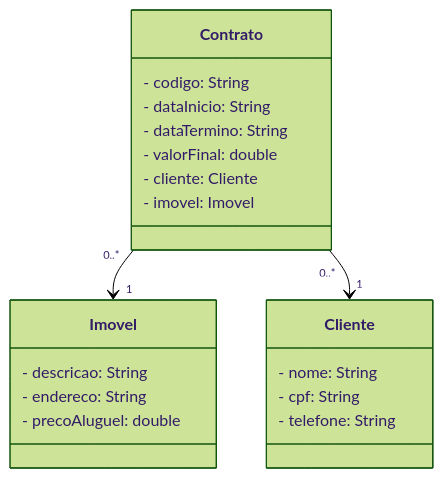
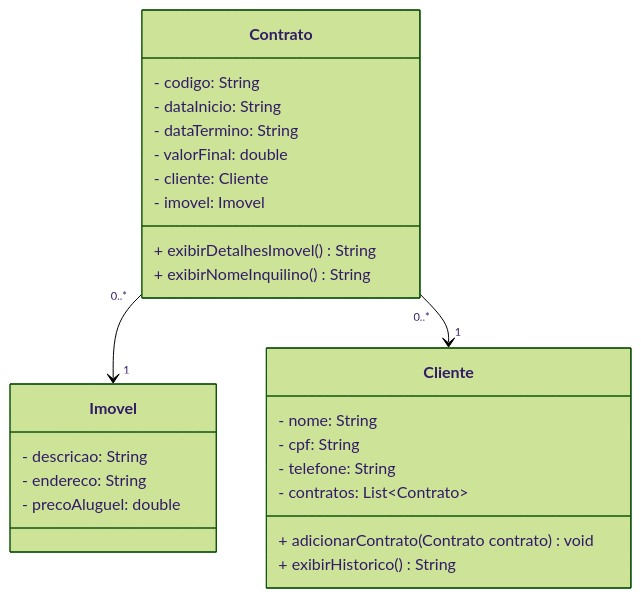
One commit to mateusraffaelli/projetos-java changed the diagram in ADS/ESD/atividade-revisao-e-tads/ex02/src/main/java/ads/esd/Readme.md. Above: the diagram before and after it, drawn with Mermaid (forest theme). The commit also changed 14 other files, not shown here.

````diff
--- a/ADS/ESD/atividade-revisao-e-tads/ex02/src/main/java/ads/esd/Readme.md
+++ b/ADS/ESD/atividade-revisao-e-tads/ex02/src/main/java/ads/esd/Readme.md
@@ -1,33 +1,38 @@
 ```mermaid
 classDiagram
     direction TD
     
     class Imovel{
         - descricao: String
         - endereco: String
         - precoAluguel: double
         
     }
     
     class Cliente{
         - nome: String
         - cpf: String
         - telefone: String
+        - contratos: List~Contrato~
+        + adicionarContrato(Contrato contrato) void
+        + exibirHistorico() String
     }
         
     class Contrato{
         - codigo: String
         - dataInicio: String
         - dataTermino: String
         - valorFinal: double
         - cliente: Cliente
         - imovel: Imovel
+        + exibirDetalhesImovel() String
+        + exibirNomeInquilino() String
     }
         
     
     Contrato "0..*"-->"1" Imovel
     Contrato "0..*"-->"1" Cliente
 
 
 
 ```
````
